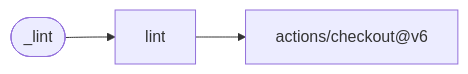
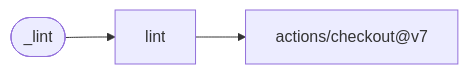
One commit to f2calv/gha-workflows changed diagram 14 of 15 in README.md. Above: the diagram before and after it, drawn with Mermaid. The commit also changed other lines of this file, not shown here.

````diff
--- a/README.md
+++ b/README.md
@@ -180,6 +225,6 @@
 ```mermaid
 flowchart LR
     classDef f2calv fill:#dbeafe,stroke:#2563eb,color:#1e3a5f
     W(["_lint"]) --> J["lint"]
-    J --> A1["actions/checkout@v6"]
+    J --> A1["actions/checkout@v7"]
 ```
````
